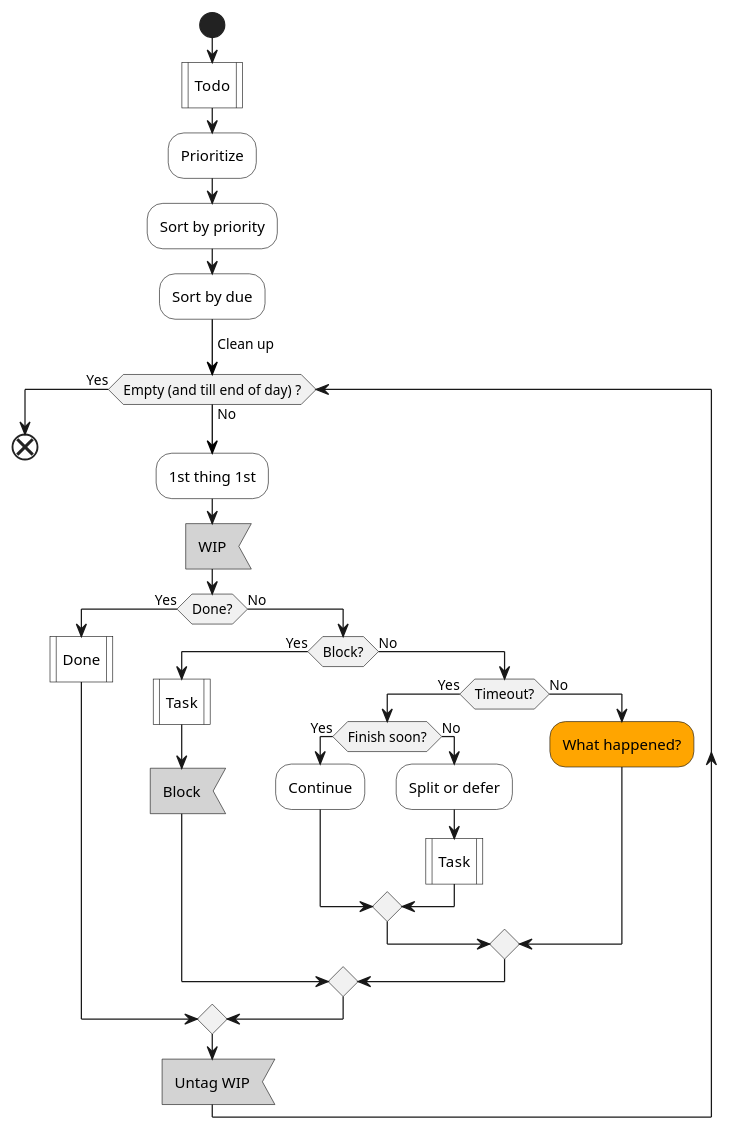
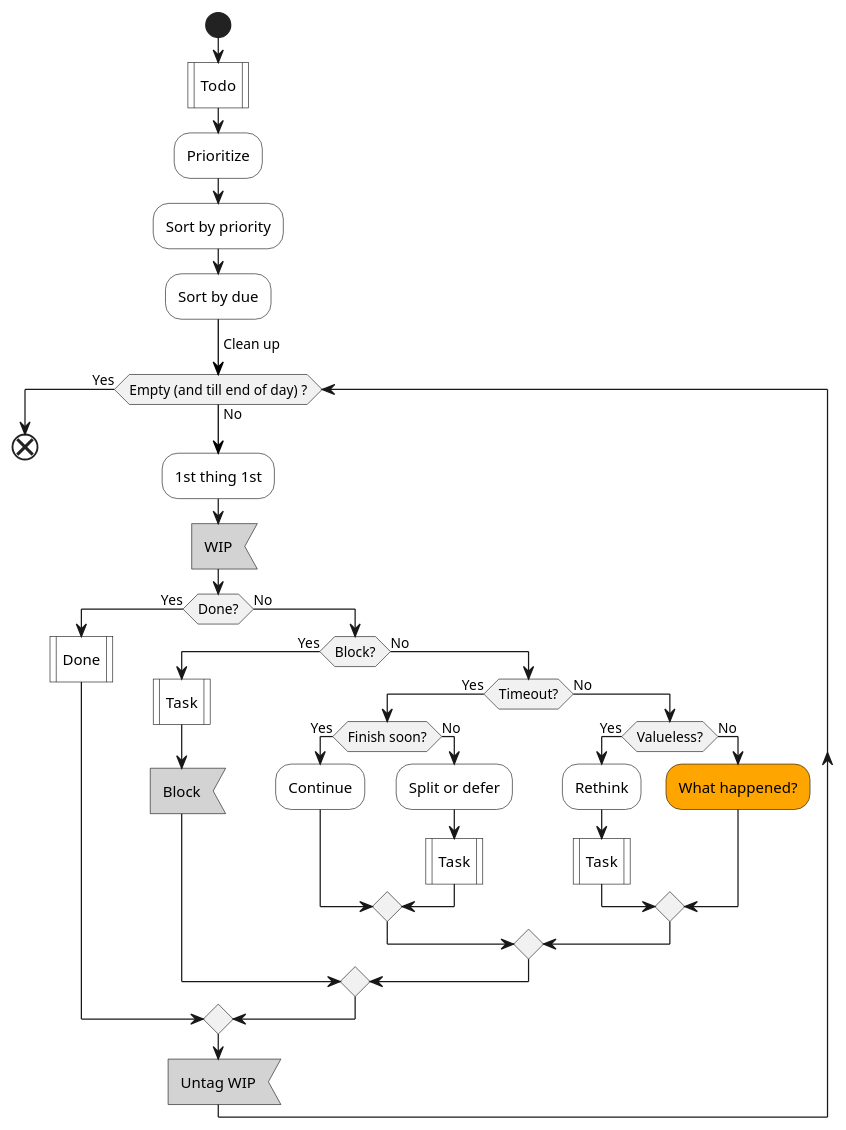
The third of 4 diagrams in lifelogs/rehabilitation.md (IceHe/icehe-lib), drawn with PlantUML before and after one commit.

Commit message:
2020-12-16 23:23:58 Wed

````diff
--- a/lifelogs/rehabilitation.md
+++ b/lifelogs/rehabilitation.md
@@ -299,35 +299,40 @@
 ```plantuml
 @startuml
 start
 #white:Todo|
 #white:Prioritize;
 #white:Sort by priority;
 #white:Sort by due;
 -[#black]-> Clean up;
 while (Empty (and till end of day) ?) is (No)
     #white:1st thing 1st;
     #lightGray:WIP<
     if (Done?) then (Yes)
         #white:Done|
     else (No)
         if (Block?) then (Yes)
             #white:Task|
             #lightGray:Block<
         else (No)
             if (Timeout?) then (Yes)
                 if (Finish soon?) then (Yes)
                     #white:Continue;
                 else (No)
                 #white:Split or defer;
                 #white:Task|
                 endif
             else (No)
-                #orange:What happened?;
+                if (Valueless?) then (Yes)
+                    #white:Rethink;
+                    #white:Task|
+                else (No)
+                    #orange:What happened?;
+                endif
             endif
         endif
     endif
     #lightGray:Untag WIP<
 endwhile (Yes)
 end
 @enduml
 ```
````
